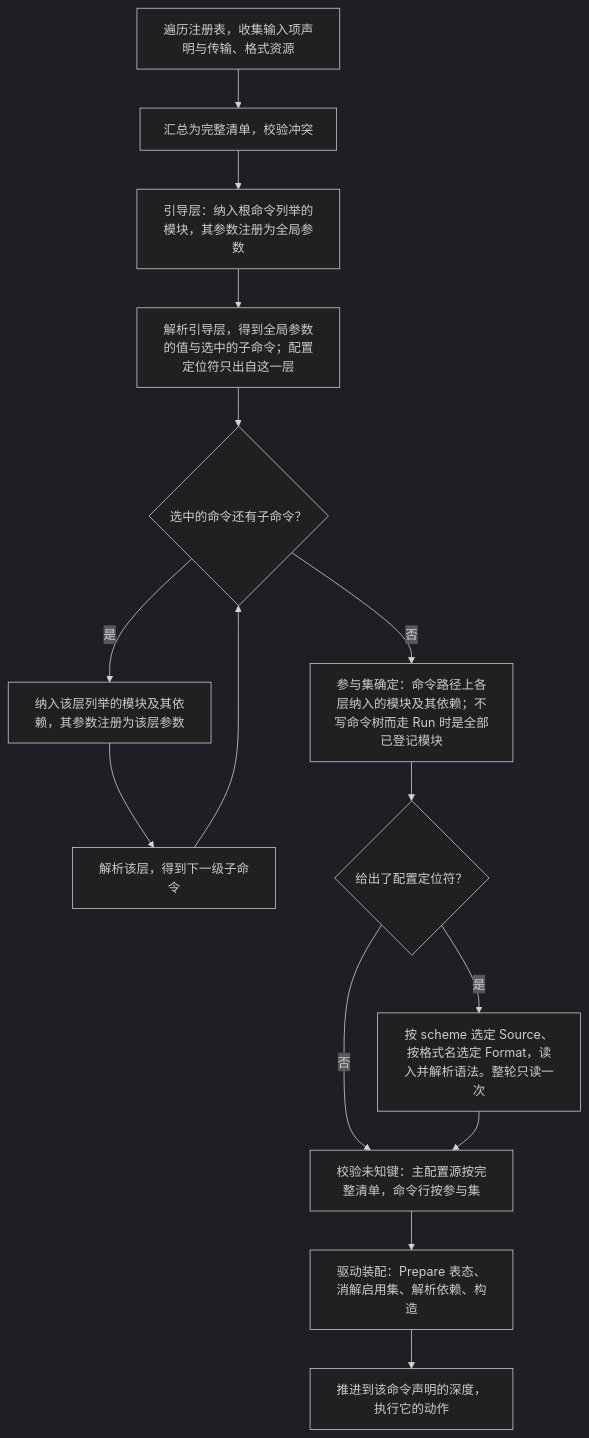
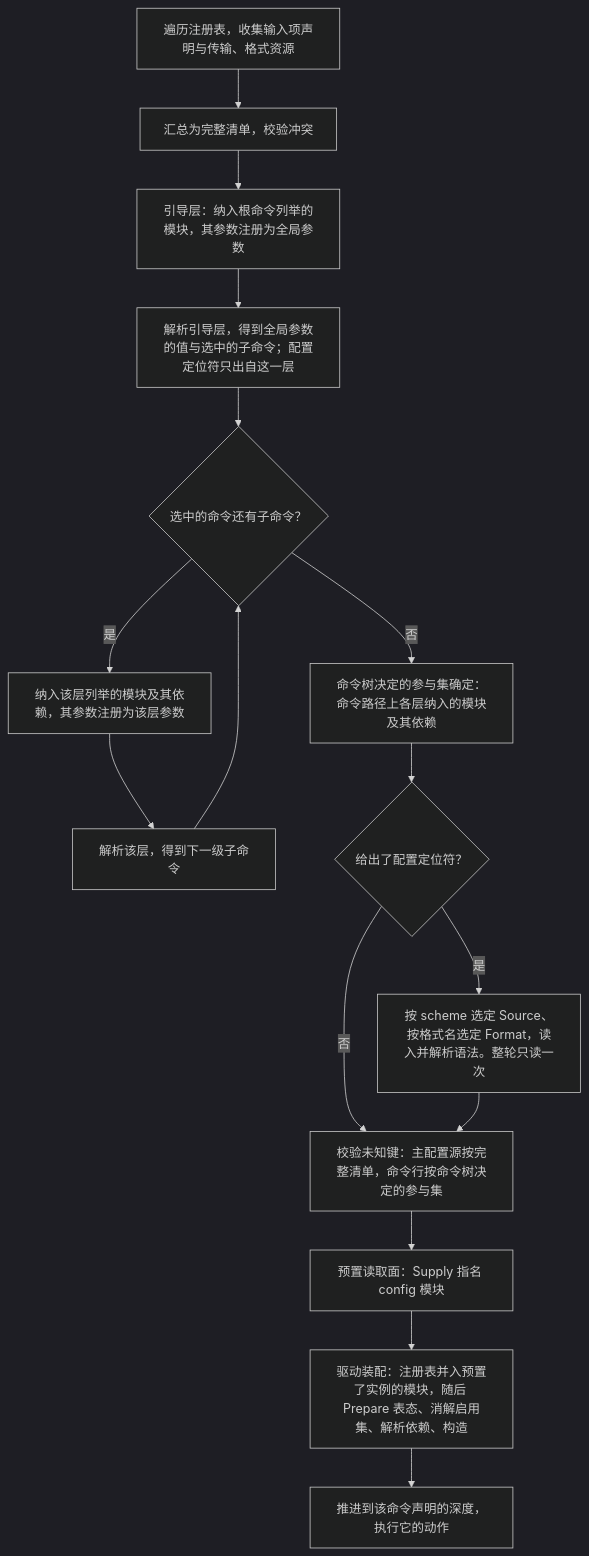
One commit to wangzw/speed changed the second of 2 diagrams in docs/design/modules/design-config.md. Above: the diagram before and after it, drawn with Mermaid (dark theme). The commit also changed other lines of this file and 56 other files, not shown here.

````diff
--- a/docs/design/modules/design-config.md
+++ b/docs/design/modules/design-config.md
@@ -348,17 +371,18 @@
 ```mermaid
 flowchart TD
     collect["遍历注册表，收集输入项声明与传输、格式资源"] --> merge["汇总为完整清单，校验冲突"]
     merge --> boot["引导层：纳入根命令列举的模块，其参数注册为全局参数"]
     boot --> first["解析引导层，得到全局参数的值与选中的子命令；配置定位符只出自这一层"]
     first --> leaf{"选中的命令还有子命令？"}
     leaf -- 是 --> descend["纳入该层列举的模块及其依赖，其参数注册为该层参数"]
     descend --> next["解析该层，得到下一级子命令"]
     next --> leaf
-    leaf -- 否 --> settle["参与集确定：命令路径上各层纳入的模块及其依赖；不写命令树而走 Run 时是全部已登记模块"]
+    leaf -- 否 --> settle["命令树决定的参与集确定：命令路径上各层纳入的模块及其依赖"]
     settle --> locator{"给出了配置定位符？"}
     locator -- 是 --> read["按 scheme 选定 Source、按格式名选定 Format，读入并解析语法。整轮只读一次"]
     locator -- 否 --> unknown
-    read --> unknown["校验未知键：主配置源按完整清单，命令行按参与集"]
-    unknown --> drive["驱动装配：Prepare 表态、消解启用集、解析依赖、构造"]
+    read --> unknown["校验未知键：主配置源按完整清单，命令行按命令树决定的参与集"]
+    unknown --> supply["预置读取面：Supply 指名 config 模块"]
+    supply --> drive["驱动装配：注册表并入预置了实例的模块，随后 Prepare 表态、消解启用集、解析依赖、构造"]
     drive --> act["推进到该命令声明的深度，执行它的动作"]
 ```
````
